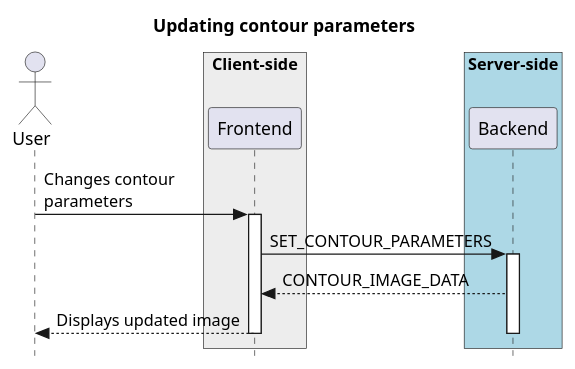
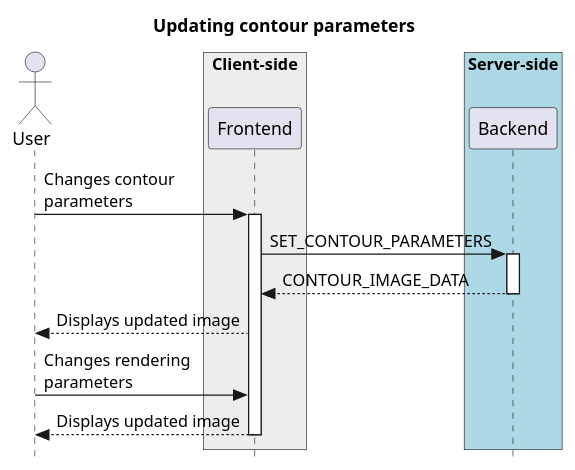
The first of 3 diagrams in docs/src/changing_view_parameters.rst (CARTAvis/carta-protobuf), drawn with PlantUML before and after one commit. The commit also changed other lines of this file and 8 other files, not shown here.

```diff
--- a/docs/src/changing_view_parameters.rst
+++ b/docs/src/changing_view_parameters.rst
@@ -8,22 +8,24 @@
 .. uml::
     
     skinparam style strictuml
     hide footbox
     title Updating contour parameters
     
     actor User
     box "Client-side" #EDEDED
             participant Frontend
     end box
     
     box "Server-side" #lightblue
     	participant Backend
     end box
     User -> Frontend: Changes contour\nparameters
     activate Frontend
     Frontend -> Backend : SET_CONTOUR_PARAMETERS
     activate Backend
     Frontend <-- Backend : CONTOUR_IMAGE_DATA
+    deactivate Backend
     User <-- Frontend: Displays updated image
-    deactivate Backend
+    User -> Frontend: Changes rendering\nparameters
+    User <-- Frontend: Displays updated image
     deactivate Frontend
```
